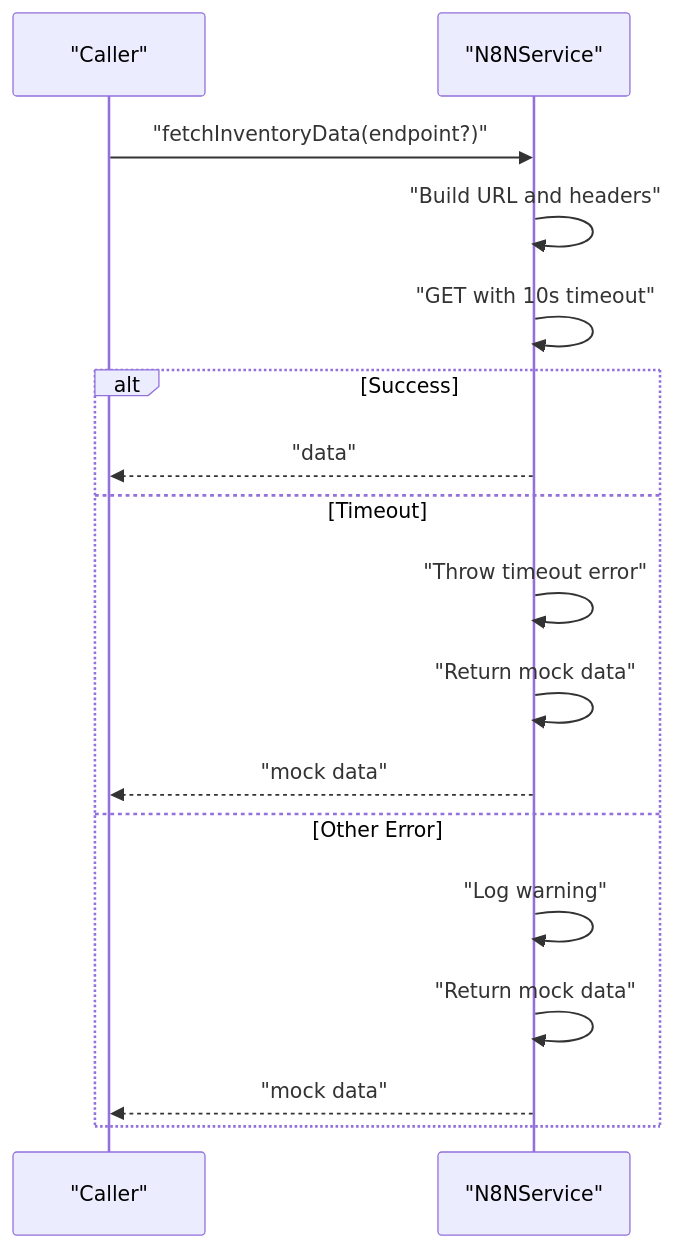
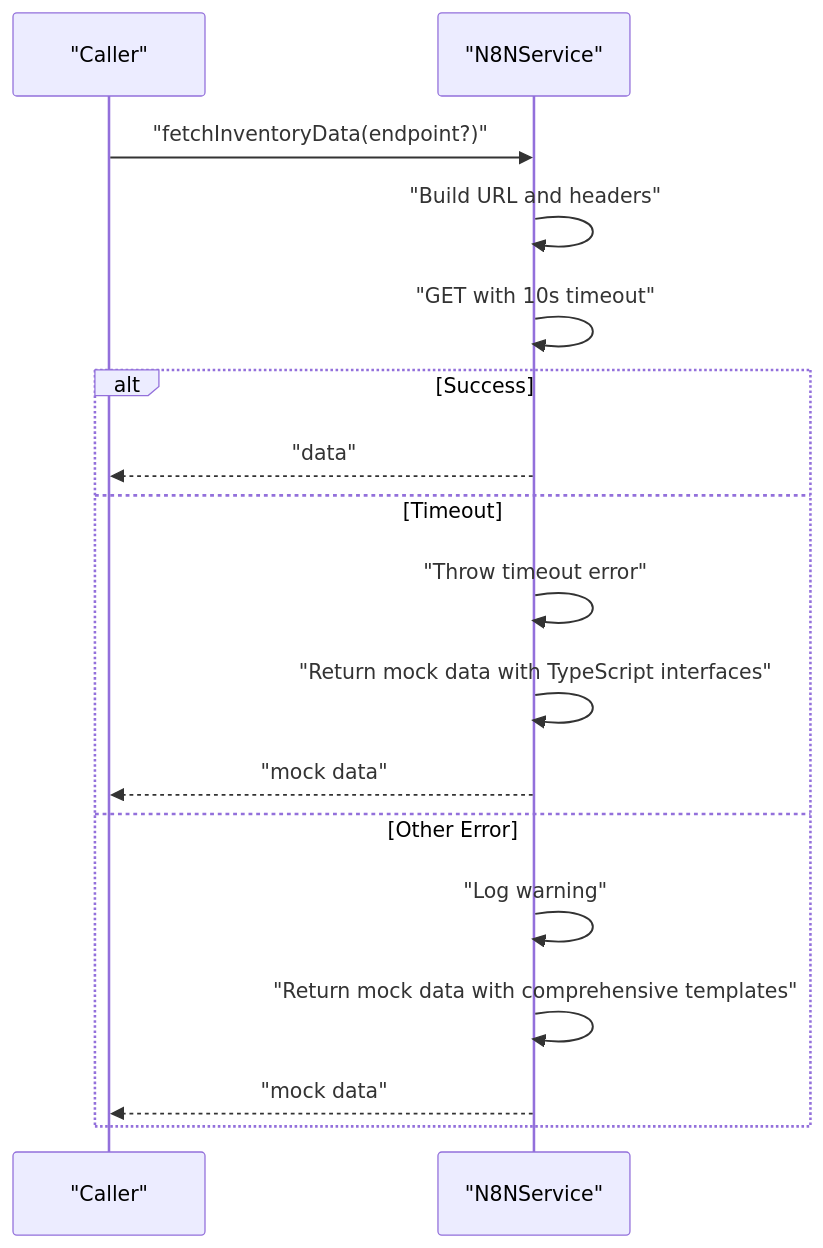
One commit to cacamarica/dashboard-ai changed the fifth of 9 diagrams in .qoder/repowiki/en/content/Services Layer/Services Layer.md. Above: the diagram before and after it, drawn with Mermaid. The commit also changed other lines of this file and 5 other files, not shown here.

First line of the commit message:
feat(ai-assistant): enhance AI integration with TypeScript and confidence scoring

````diff
--- a/.qoder/repowiki/en/content/Services Layer/Services Layer.md
+++ b/.qoder/repowiki/en/content/Services Layer/Services Layer.md
@@ -263,19 +283,19 @@
 ```mermaid
 sequenceDiagram
 participant Caller as "Caller"
 participant N8N as "N8NService"
 Caller->>N8N : "fetchInventoryData(endpoint?)"
 N8N->>N8N : "Build URL and headers"
 N8N->>N8N : "GET with 10s timeout"
 alt Success
 N8N-->>Caller : "data"
 else Timeout
 N8N->>N8N : "Throw timeout error"
-N8N->>N8N : "Return mock data"
+N8N->>N8N : "Return mock data with TypeScript interfaces"
 N8N-->>Caller : "mock data"
 else Other Error
 N8N->>N8N : "Log warning"
-N8N->>N8N : "Return mock data"
+N8N->>N8N : "Return mock data with comprehensive templates"
 N8N-->>Caller : "mock data"
 end
 ```
````
